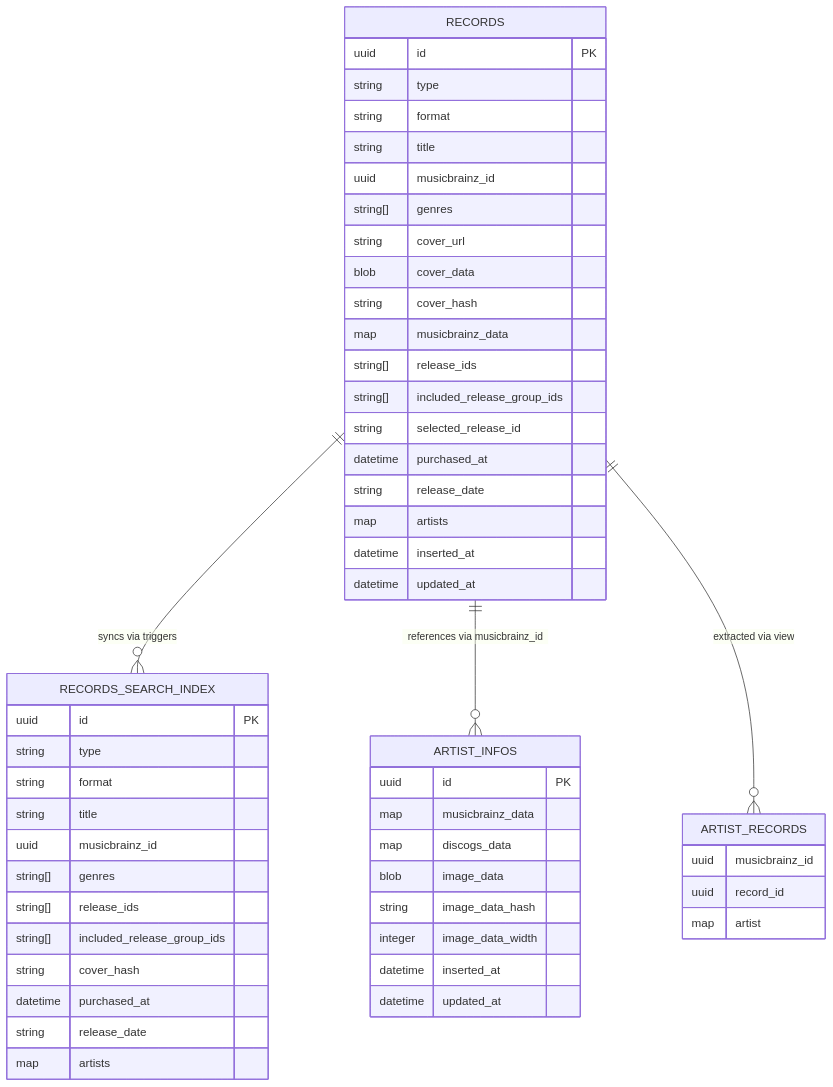
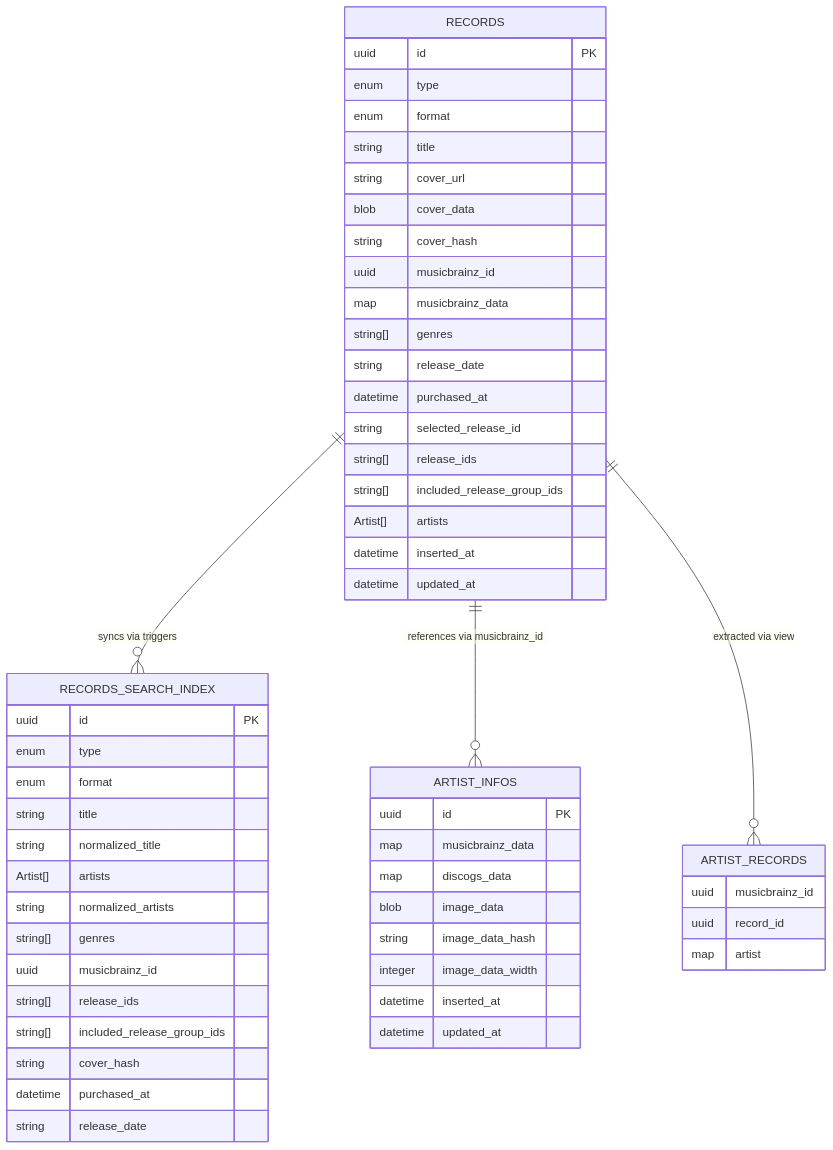
The diagram in docs/database_structure.md (cloud8421/music_library), drawn with Mermaid before and after one commit. The commit also changed other lines of this file, not shown here.

````diff
--- a/docs/database_structure.md
+++ b/docs/database_structure.md
@@ -23,59 +23,61 @@
 ```mermaid
 erDiagram
     RECORDS {
         uuid id PK
-        string type
-        string format
+        enum type
+        enum format
         string title
-        uuid musicbrainz_id
-        string[] genres
         string cover_url
         blob cover_data
         string cover_hash
+        uuid musicbrainz_id
         map musicbrainz_data
+        string[] genres
+        string release_date
+        datetime purchased_at
+        string selected_release_id
         string[] release_ids
         string[] included_release_group_ids
-        string selected_release_id
-        datetime purchased_at
-        string release_date
-        map artists
+        Artist[] artists
         datetime inserted_at
         datetime updated_at
     }
 
     RECORDS_SEARCH_INDEX {
         uuid id PK
-        string type
-        string format
+        enum type
+        enum format
         string title
+        string normalized_title
+        Artist[] artists
+        string normalized_artists
+        string[] genres
         uuid musicbrainz_id
-        string[] genres
         string[] release_ids
         string[] included_release_group_ids
         string cover_hash
         datetime purchased_at
         string release_date
-        map artists
     }
 
     ARTIST_INFOS {
         uuid id PK
         map musicbrainz_data
         map discogs_data
         blob image_data
         string image_data_hash
         integer image_data_width
         datetime inserted_at
         datetime updated_at
     }
 
     ARTIST_RECORDS {
         uuid musicbrainz_id
         uuid record_id
         map artist
     }
 
     RECORDS ||--o{ RECORDS_SEARCH_INDEX : "syncs via triggers"
     RECORDS ||--o{ ARTIST_INFOS : "references via musicbrainz_id"
     RECORDS ||--o{ ARTIST_RECORDS : "extracted via view"
 ```
````
